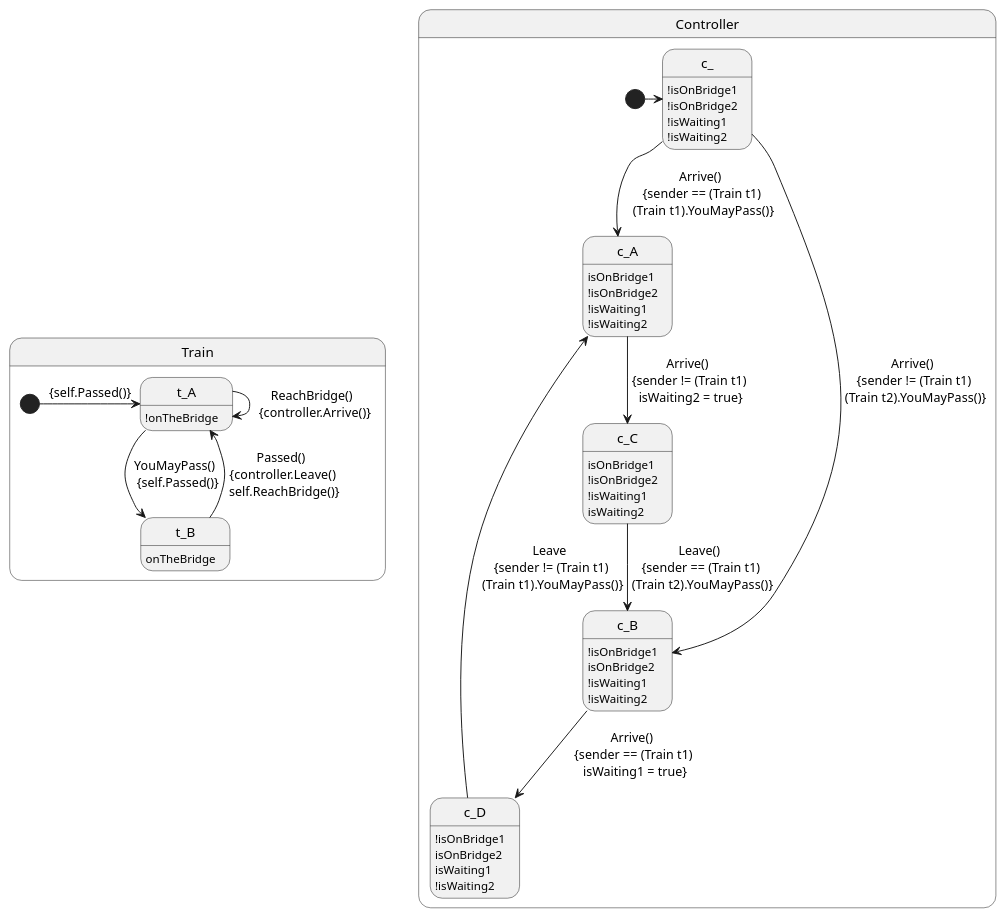
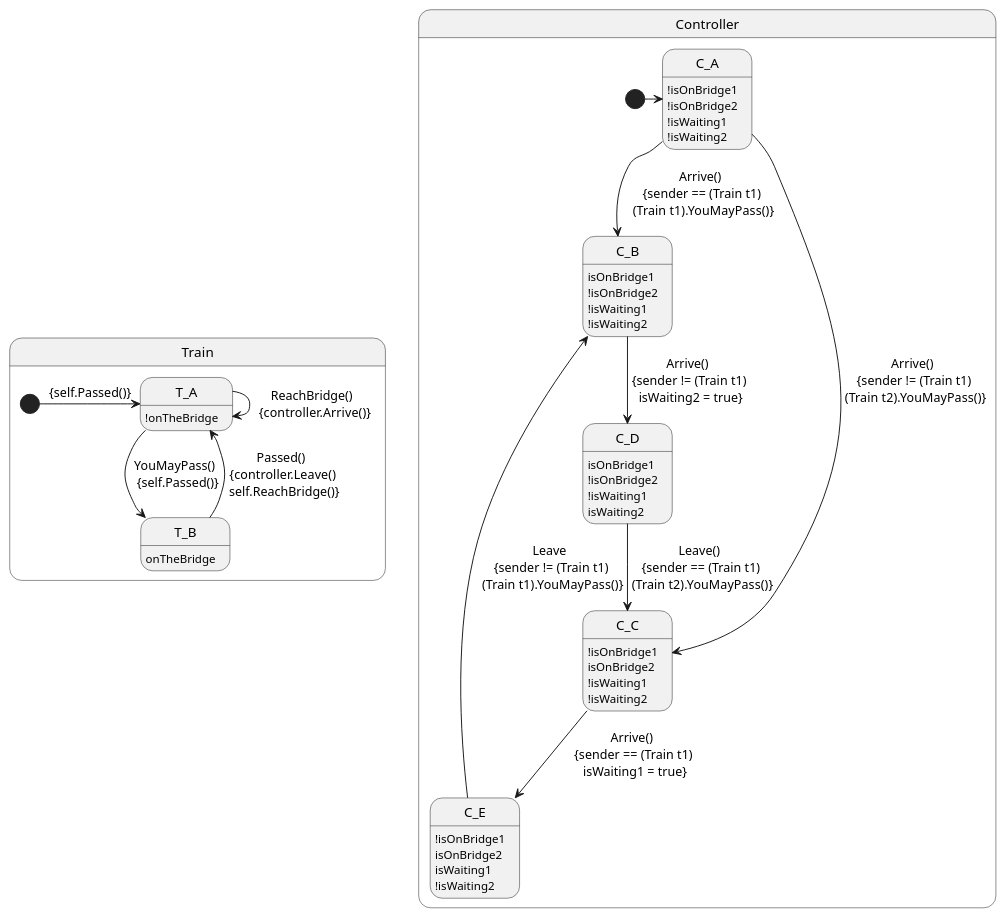
One commit to gnowin/UML-To-Rebecca-Dataset changed the diagram in ModelTranslations/TrainBridgeController/TrainBridgeController.plantuml. Above: the diagram before and after it, drawn with PlantUML. The commit also changed 4 other files, not shown here.

```diff
--- a/ModelTranslations/TrainBridgeController/TrainBridgeController.plantuml
+++ b/ModelTranslations/TrainBridgeController/TrainBridgeController.plantuml
@@ -1,62 +1,62 @@
 @startuml
 
 hide empty description
 
 
 state Train{
 
-t_A : !onTheBridge
+T_A : !onTheBridge
 
-t_B : onTheBridge
+T_B : onTheBridge
 
-[*] -> t_A : {self.Passed()}
+[*] -> T_A : {self.Passed()}
 
-t_A -> t_A : ReachBridge() \n {controller.Arrive()}
-t_A --> t_B : YouMayPass() \n {self.Passed()}
+T_A -> T_A : ReachBridge() \n {controller.Arrive()}
+T_A --> T_B : YouMayPass() \n {self.Passed()}
 
-t_B --> t_A : Passed() \n {controller.Leave() \n self.ReachBridge()}
+T_B --> T_A : Passed() \n {controller.Leave() \n self.ReachBridge()}
 
 }
 
 state Controller{
 
-State c_ : !isOnBridge1
-State c_ : !isOnBridge2
-State c_ : !isWaiting1
-State c_ : !isWaiting2
+State C_A : !isOnBridge1
+State C_A : !isOnBridge2
+State C_A : !isWaiting1
+State C_A : !isWaiting2
 
-State c_A : isOnBridge1
-State c_A : !isOnBridge2
-State c_A : !isWaiting1
-State c_A : !isWaiting2
+State C_B : isOnBridge1
+State C_B : !isOnBridge2
+State C_B : !isWaiting1
+State C_B : !isWaiting2
 
-State c_B : !isOnBridge1
-State c_B : isOnBridge2
-State c_B : !isWaiting1
-State c_B : !isWaiting2
-State c_C : isOnBridge1
-State c_C : !isOnBridge2
-State c_C : !isWaiting1
-State c_C : isWaiting2
-State c_D : !isOnBridge1
-State c_D : isOnBridge2
-State c_D : isWaiting1
-State c_D : !isWaiting2
+State C_C : !isOnBridge1
+State C_C : isOnBridge2
+State C_C : !isWaiting1
+State C_C : !isWaiting2
+State C_D : isOnBridge1
+State C_D : !isOnBridge2
+State C_D : !isWaiting1
+State C_D : isWaiting2
+State C_E : !isOnBridge1
+State C_E : isOnBridge2
+State C_E : isWaiting1
+State C_E : !isWaiting2
 
-[*] -> c_
+[*] -> C_A
 
-c_ --> c_A : Arrive() \n {sender == (Train t1) \n (Train t1).YouMayPass()}
+C_A --> C_B : Arrive() \n {sender == (Train t1) \n (Train t1).YouMayPass()}
 
-c_ --> c_B : Arrive() \n {sender != (Train t1) \n (Train t2).YouMayPass()}
+C_A --> C_C : Arrive() \n {sender != (Train t1) \n (Train t2).YouMayPass()}
 
-c_A --> c_C : Arrive() \n {sender != (Train t1) \n isWaiting2 = true}
+C_B --> C_D : Arrive() \n {sender != (Train t1) \n isWaiting2 = true}
 
-c_B --> c_D : Arrive() \n {sender == (Train t1) \n isWaiting1 = true}
+C_C --> C_E : Arrive() \n {sender == (Train t1) \n isWaiting1 = true}
 
-c_C --> c_B : Leave() \n {sender == (Train t1) \n (Train t2).YouMayPass()}
+C_D --> C_C : Leave() \n {sender == (Train t1) \n (Train t2).YouMayPass()}
 
-c_D --> c_A : Leave \n {sender != (Train t1) \n (Train t1).YouMayPass()}
+C_E --> C_B : Leave \n {sender != (Train t1) \n (Train t1).YouMayPass()}
 
 }
 
 @enduml 
```
